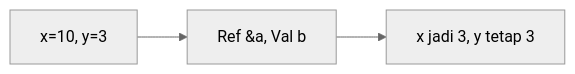
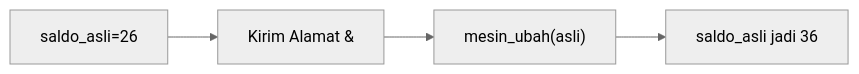
Before and after one commit to amnahwaida/OSNK_INF_PREP: diagram 15 of 25 in part-c-pemahaman-cpp/04-fungsi/latihan/set-10.md, drawn with Mermaid (neutral theme). The commit also changed other lines of this file and 71 other files, not shown here.

````diff
--- a/part-c-pemahaman-cpp/04-fungsi/latihan/set-10.md
+++ b/part-c-pemahaman-cpp/04-fungsi/latihan/set-10.md
@@ -392,5 +413,6 @@
 ```mermaid
 graph LR
-A["x=10, y=3"] --> B["Ref &a, Val b"]
-B --> C["x jadi 3, y tetap 3"]
+A["saldo_asli=26"] --> B["Kirim Alamat &"]
+B --> C["mesin_ubah(asli)"]
+C --> D["saldo_asli jadi 36"]
 ```
````
